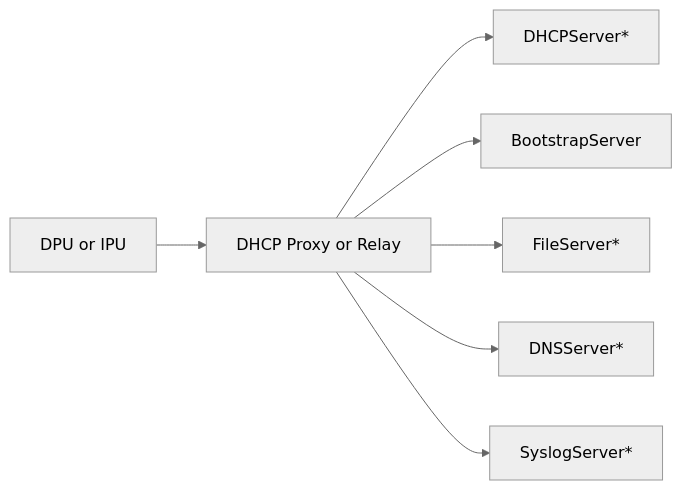
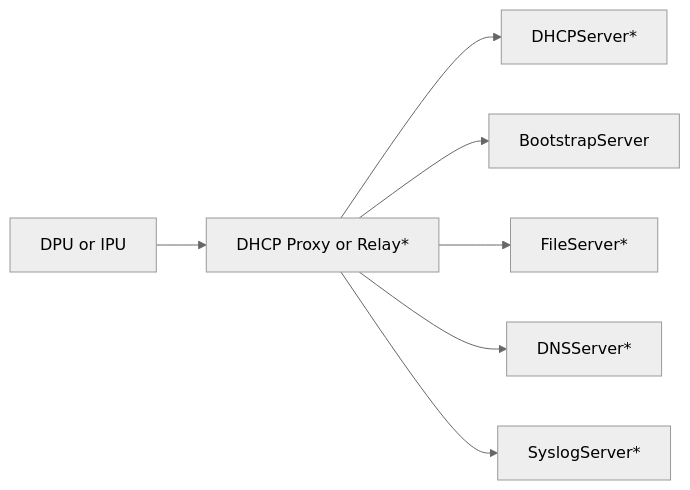
One commit to opiproject/sztp changed the first of 2 diagrams in ZTP.md. Above: the diagram before and after it, drawn with Mermaid (neutral theme).

````diff
--- a/ZTP.md
+++ b/ZTP.md
@@ -48,11 +48,11 @@
 ```mermaid
 graph LR;
     DPU[DPU or IPU]
-    Proxy[DHCP Proxy or Relay]
+    Proxy[DHCP Proxy or Relay*]
     DPU-->Proxy;
     Proxy-->DHCPServer*;
     Proxy-->BootstrapServer;
     Proxy-->FileServer*;
     Proxy-->DNSServer*;
     Proxy-->SyslogServer*;
 ```
````
